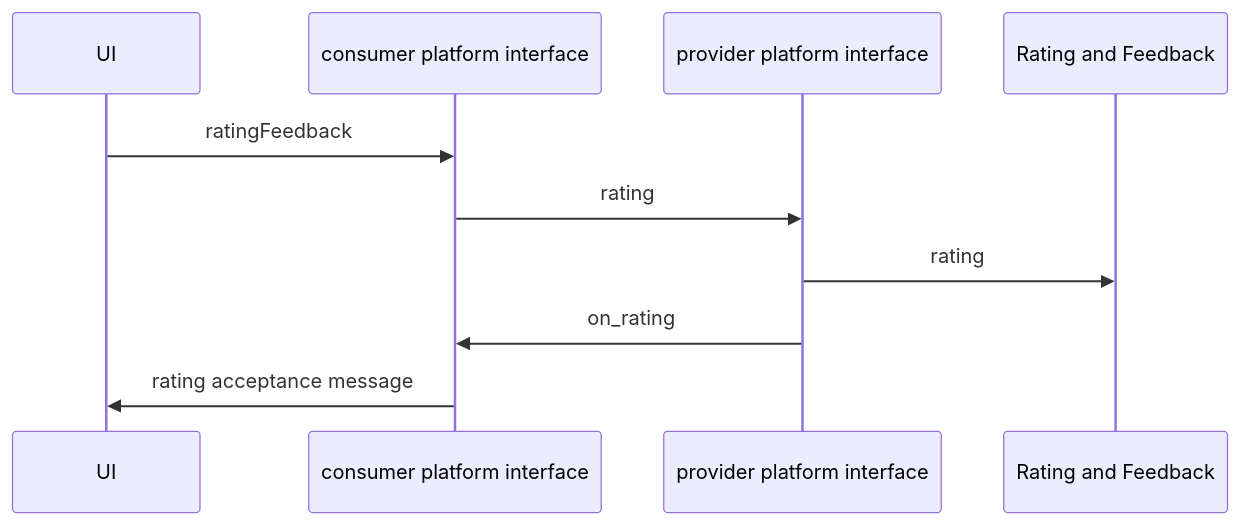
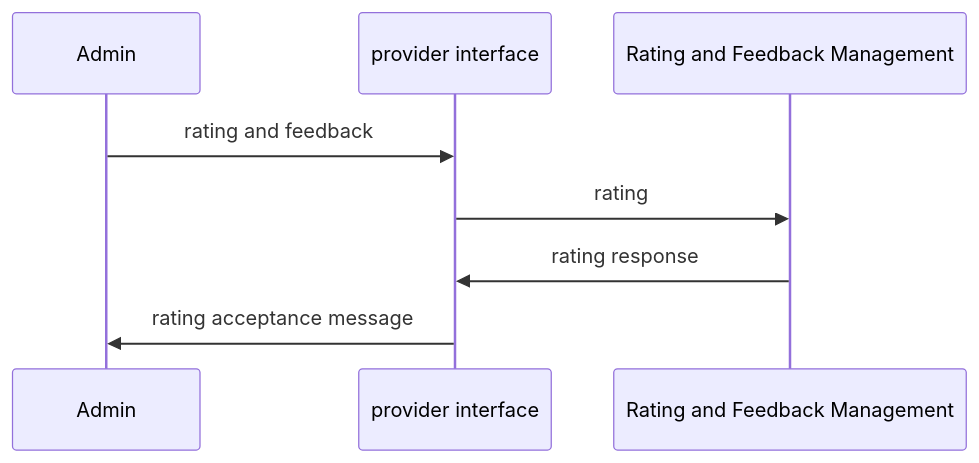
Diagram 11 of 15 in spec/9-workflows.md (GovStackWorkingGroup/bb-emarketplace), drawn with Mermaid before and after one commit. The commit also changed other lines of this file and 3 other files, not shown here.

````diff
--- a/spec/9-workflows.md
+++ b/spec/9-workflows.md
@@ -191,8 +216,7 @@
 ```mermaid
 sequenceDiagram
-UI->>consumer platform interface: ratingFeedback
-    consumer platform interface->>provider platform interface: rating
-    provider platform interface->>Rating and Feedback:rating
-    provider platform interface->>consumer platform interface: on_rating
-    consumer platform interface->>UI: rating acceptance message
+Admin->>provider interface: rating and feedback
+    provider interface->>Rating and Feedback Management:rating
+Rating and Feedback Management->>provider interface:rating response
+     provider interface->>Admin: rating acceptance message
 ```
````
